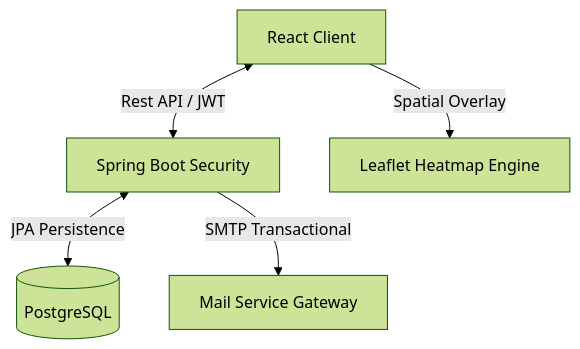
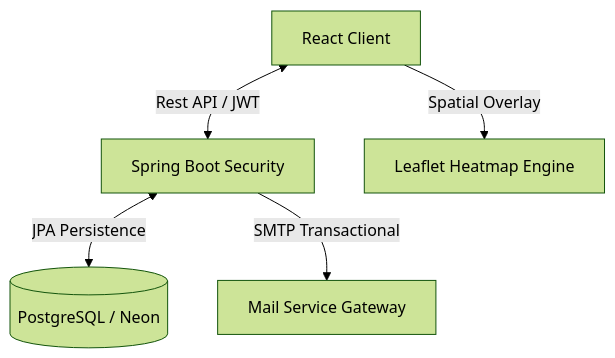
One commit to HC-28/urban-nest changed the diagram in README.md. Above: the diagram before and after it, drawn with Mermaid (forest theme). The commit also changed other lines of this file and 60 other files, not shown here.

````diff
--- a/README.md
+++ b/README.md
@@ -55,7 +65,7 @@
 ```mermaid
 graph TD
     A[React Client] <-->|Rest API / JWT| B[Spring Boot Security]
-    B <-->|JPA Persistence| C[(PostgreSQL)]
+    B <-->|JPA Persistence| C[(PostgreSQL / Neon)]
     B -->|SMTP Transactional| D[Mail Service Gateway]
     A -->|Spatial Overlay| E[Leaflet Heatmap Engine]
 ```
````
